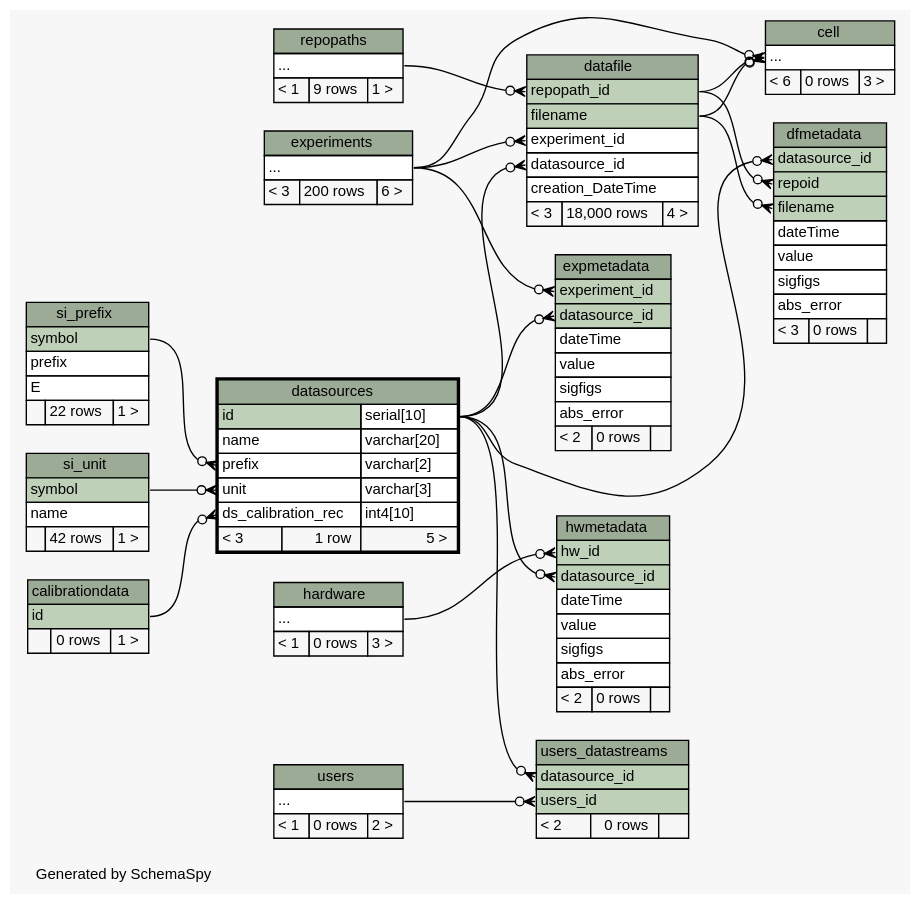
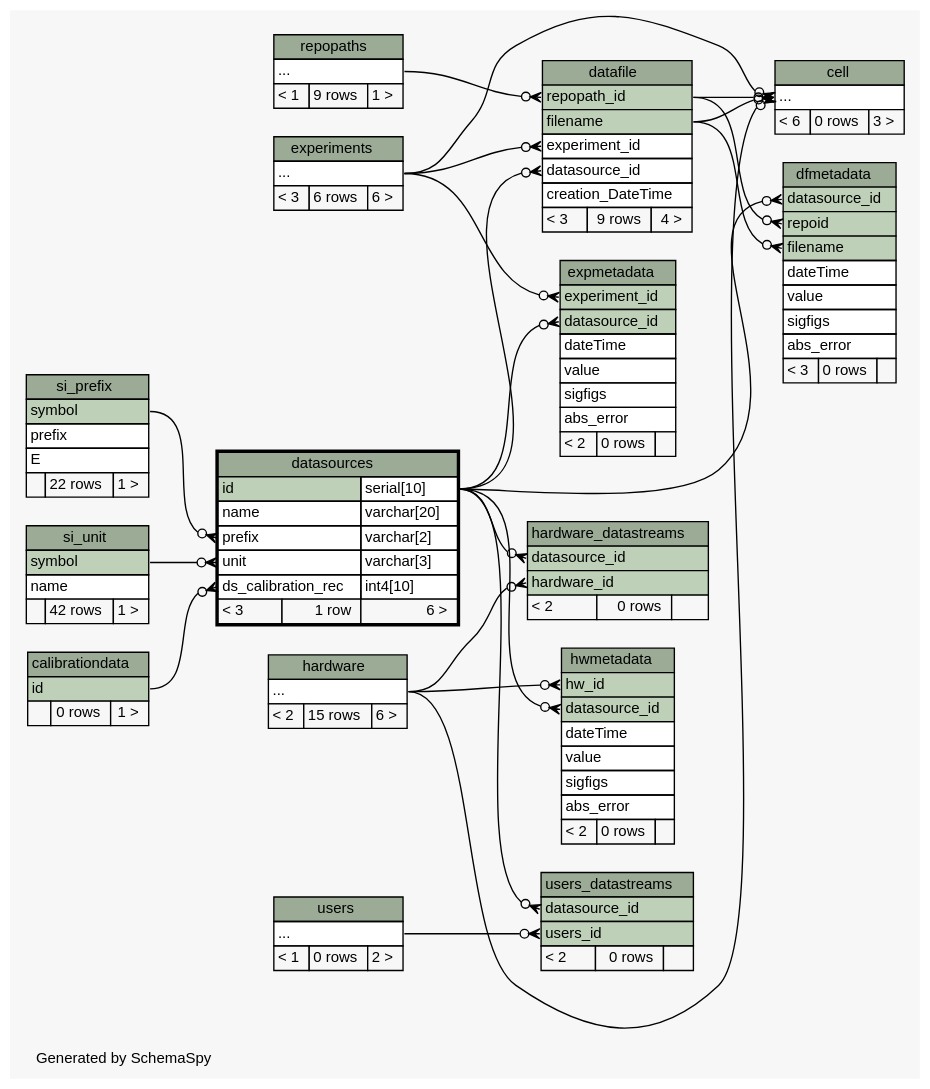
The diagram in database/ss/diagrams/datasources.2degrees.dot (tgbugs/mlab), drawn with Graphviz before and after one commit. The commit also changed 204 other files, not shown here.

Commit message:
got the hardware working as a tree, removed explicit amp and headstage classes, updated schemaspy

```diff
--- a/database/ss/diagrams/datasources.2degrees.dot
+++ b/database/ss/diagrams/datasources.2degrees.dot
@@ -21,6 +21,7 @@
   ];
   "cell":"elipses":w -> "experiments":"elipses":e [arrowhead=none dir=back arrowtail=crowodot];
   "cell":"elipses":w -> "datafile":"filename":e [arrowhead=none dir=back arrowtail=crowodot];
+  "cell":"elipses":w -> "hardware":"elipses":e [arrowhead=none dir=back arrowtail=crowodot];
   "cell":"elipses":w -> "datafile":"repopath_id":e [arrowhead=none dir=back arrowtail=crowodot];
   "datafile":"datasource_id":w -> "datasources":"id.type":e [arrowhead=none dir=back arrowtail=crowodot];
   "datafile":"experiment_id":w -> "experiments":"elipses":e [arrowhead=none dir=back arrowtail=crowodot];
@@ -33,6 +34,8 @@
   "dfmetadata":"repoid":w -> "datafile":"repopath_id":e [arrowhead=none dir=back arrowtail=crowodot];
   "expmetadata":"datasource_id":w -> "datasources":"id.type":e [arrowhead=none dir=back arrowtail=crowodot];
   "expmetadata":"experiment_id":w -> "experiments":"elipses":e [arrowhead=none dir=back arrowtail=crowodot];
+  "hardware_datastreams":"datasource_id":w -> "datasources":"id.type":e [arrowhead=none dir=back arrowtail=crowodot];
+  "hardware_datastreams":"hardware_id":w -> "hardware":"elipses":e [arrowhead=none dir=back arrowtail=crowodot];
   "hwmetadata":"datasource_id":w -> "datasources":"id.type":e [arrowhead=none dir=back arrowtail=crowodot];
   "hwmetadata":"hw_id":w -> "hardware":"elipses":e [arrowhead=none dir=back arrowtail=crowodot];
   "users_datastreams":"datasource_id":w -> "datasources":"id.type":e [arrowhead=none dir=back arrowtail=crowodot];
@@ -66,7 +69,7 @@
       <TR><TD PORT="experiment_id" COLSPAN="3" ALIGN="LEFT">experiment_id</TD></TR>
       <TR><TD PORT="datasource_id" COLSPAN="3" ALIGN="LEFT">datasource_id</TD></TR>
       <TR><TD PORT="creation_DateTime" COLSPAN="3" ALIGN="LEFT">creation_DateTime</TD></TR>
-      <TR><TD ALIGN="LEFT" BGCOLOR="#f7f7f7">&lt; 3</TD><TD ALIGN="RIGHT" BGCOLOR="#f7f7f7">18,000 rows</TD><TD ALIGN="RIGHT" BGCOLOR="#f7f7f7">4 &gt;</TD></TR>
+      <TR><TD ALIGN="LEFT" BGCOLOR="#f7f7f7">&lt; 3</TD><TD ALIGN="RIGHT" BGCOLOR="#f7f7f7">9 rows</TD><TD ALIGN="RIGHT" BGCOLOR="#f7f7f7">4 &gt;</TD></TR>
     </TABLE>>
     URL="datafile.html"
     tooltip="datafile"
@@ -80,7 +83,7 @@
       <TR><TD PORT="prefix" COLSPAN="2" ALIGN="LEFT">prefix</TD><TD PORT="prefix.type" ALIGN="LEFT">varchar[2]</TD></TR>
       <TR><TD PORT="unit" COLSPAN="2" ALIGN="LEFT">unit</TD><TD PORT="unit.type" ALIGN="LEFT">varchar[3]</TD></TR>
       <TR><TD PORT="ds_calibration_rec" COLSPAN="2" ALIGN="LEFT">ds_calibration_rec</TD><TD PORT="ds_calibration_rec.type" ALIGN="LEFT">int4[10]</TD></TR>
-      <TR><TD ALIGN="LEFT" BGCOLOR="#f7f7f7">&lt; 3</TD><TD ALIGN="RIGHT" BGCOLOR="#f7f7f7">1 row</TD><TD ALIGN="RIGHT" BGCOLOR="#f7f7f7">5 &gt;</TD></TR>
+      <TR><TD ALIGN="LEFT" BGCOLOR="#f7f7f7">&lt; 3</TD><TD ALIGN="RIGHT" BGCOLOR="#f7f7f7">1 row</TD><TD ALIGN="RIGHT" BGCOLOR="#f7f7f7">6 &gt;</TD></TR>
     </TABLE>>
     URL="datasources.html"
     tooltip="datasources"
@@ -106,7 +109,7 @@
     <TABLE BORDER="0" CELLBORDER="1" CELLSPACING="0" BGCOLOR="#ffffff">
       <TR><TD COLSPAN="3" BGCOLOR="#9bab96" ALIGN="CENTER">experiments</TD></TR>
       <TR><TD PORT="elipses" COLSPAN="3" ALIGN="LEFT">...</TD></TR>
-      <TR><TD ALIGN="LEFT" BGCOLOR="#f7f7f7">&lt; 3</TD><TD ALIGN="RIGHT" BGCOLOR="#f7f7f7">200 rows</TD><TD ALIGN="RIGHT" BGCOLOR="#f7f7f7">6 &gt;</TD></TR>
+      <TR><TD ALIGN="LEFT" BGCOLOR="#f7f7f7">&lt; 3</TD><TD ALIGN="RIGHT" BGCOLOR="#f7f7f7">6 rows</TD><TD ALIGN="RIGHT" BGCOLOR="#f7f7f7">6 &gt;</TD></TR>
     </TABLE>>
     URL="experiments.html"
     tooltip="experiments"
@@ -131,10 +134,21 @@
     <TABLE BORDER="0" CELLBORDER="1" CELLSPACING="0" BGCOLOR="#ffffff">
       <TR><TD COLSPAN="3" BGCOLOR="#9bab96" ALIGN="CENTER">hardware</TD></TR>
       <TR><TD PORT="elipses" COLSPAN="3" ALIGN="LEFT">...</TD></TR>
-      <TR><TD ALIGN="LEFT" BGCOLOR="#f7f7f7">&lt; 1</TD><TD ALIGN="RIGHT" BGCOLOR="#f7f7f7">0 rows</TD><TD ALIGN="RIGHT" BGCOLOR="#f7f7f7">3 &gt;</TD></TR>
+      <TR><TD ALIGN="LEFT" BGCOLOR="#f7f7f7">&lt; 2</TD><TD ALIGN="RIGHT" BGCOLOR="#f7f7f7">15 rows</TD><TD ALIGN="RIGHT" BGCOLOR="#f7f7f7">6 &gt;</TD></TR>
     </TABLE>>
     URL="hardware.html"
     tooltip="hardware"
+  ];
+  "hardware_datastreams" [
+    label=<
+    <TABLE BORDER="0" CELLBORDER="1" CELLSPACING="0" BGCOLOR="#ffffff">
+      <TR><TD COLSPAN="3" BGCOLOR="#9bab96" ALIGN="CENTER">hardware_datastreams</TD></TR>
+      <TR><TD PORT="datasource_id" COLSPAN="3" BGCOLOR="#bed1b8" ALIGN="LEFT">datasource_id</TD></TR>
+      <TR><TD PORT="hardware_id" COLSPAN="3" BGCOLOR="#bed1b8" ALIGN="LEFT">hardware_id</TD></TR>
+      <TR><TD ALIGN="LEFT" BGCOLOR="#f7f7f7">&lt; 2</TD><TD ALIGN="RIGHT" BGCOLOR="#f7f7f7">0 rows</TD><TD ALIGN="RIGHT" BGCOLOR="#f7f7f7">  </TD></TR>
+    </TABLE>>
+    URL="hardware_datastreams.html"
+    tooltip="hardware_datastreams"
   ];
   "hwmetadata" [
     label=<
```
